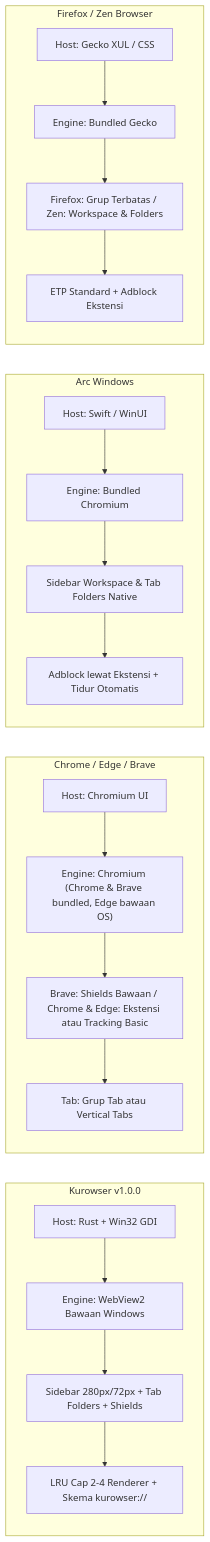
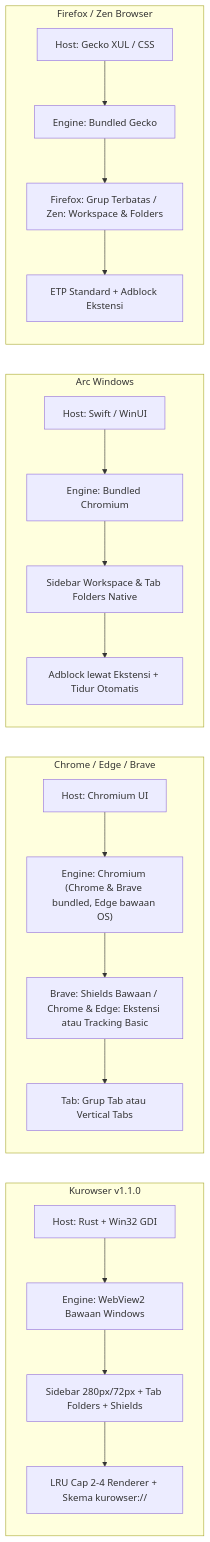
The second of 3 diagrams in README.md (devkecelup/kurowser), drawn with Mermaid before and after one commit. The commit also changed other lines of this file and 15 other files, not shown here.

````diff
--- a/README.md
+++ b/README.md
@@ -121,26 +130,26 @@
 ```mermaid
 flowchart LR
-    subgraph KU["Kurowser v1.0.0"]
+    subgraph KU["Kurowser v1.1.0"]
         K1["Host: Rust + Win32 GDI"] --> K2["Engine: WebView2 Bawaan Windows"]
         K2 --> K3["Sidebar 280px/72px + Tab Folders + Shields"]
         K3 --> K4["LRU Cap 2-4 Renderer + Skema kurowser://"]
     end
 
     subgraph CH["Chrome / Edge / Brave"]
         C1["Host: Chromium UI"] --> C2["Engine: Chromium (Chrome & Brave bundled, Edge bawaan OS)"]
         C2 --> C3["Brave: Shields Bawaan / Chrome & Edge: Ekstensi atau Tracking Basic"]
         C3 --> C4["Tab: Grup Tab atau Vertical Tabs"]
     end
 
     subgraph AR["Arc Windows"]
         A1["Host: Swift / WinUI"] --> A2["Engine: Bundled Chromium"]
         A2 --> A3["Sidebar Workspace & Tab Folders Native"]
         A3 --> A4["Adblock lewat Ekstensi + Tidur Otomatis"]
     end
 
     subgraph GK["Firefox / Zen Browser"]
         G1["Host: Gecko XUL / CSS"] --> G2["Engine: Bundled Gecko"]
         G2 --> G3["Firefox: Grup Terbatas / Zen: Workspace & Folders"]
         G3 --> G4["ETP Standard + Adblock Ekstensi"]
     end
 ```
````
